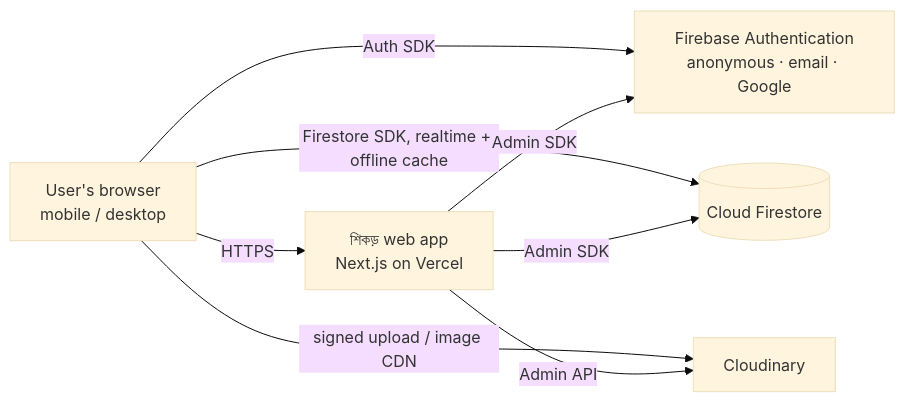
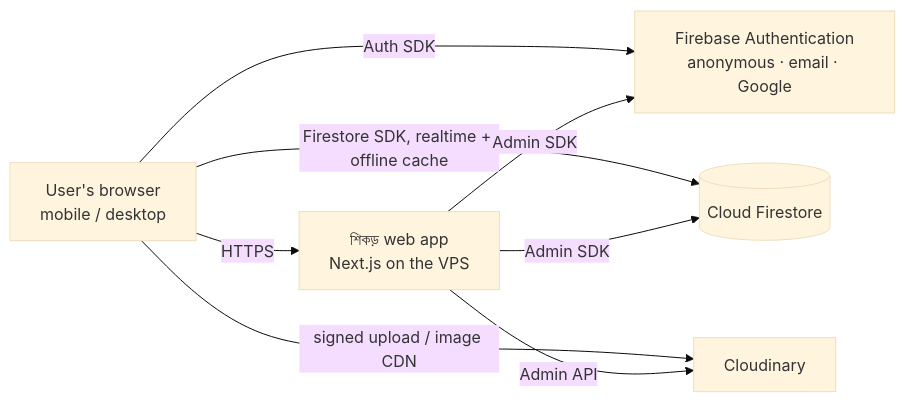
One commit to redwanhasan980/Family-Tree changed the first of 2 diagrams in docs/SRS.md. Above: the diagram before and after it, drawn with Mermaid (base theme). The commit also changed other lines of this file and 8 other files, not shown here.

First line of the commit message:
docs: switch hosting from Vercel to the owner's Contabo VPS

````diff
--- a/docs/SRS.md
+++ b/docs/SRS.md
@@ -132,10 +134,10 @@
 ```mermaid
 flowchart LR
-    U[User's browser<br/>mobile / desktop] -->|HTTPS| APP[শিকড় web app<br/>Next.js on Vercel]
+    U[User's browser<br/>mobile / desktop] -->|HTTPS| APP[শিকড় web app<br/>Next.js on the VPS]
     U -->|Auth SDK| AUTH[Firebase Authentication<br/>anonymous · email · Google]
     U -->|Firestore SDK, realtime + offline cache| FS[(Cloud Firestore)]
     U -->|signed upload / image CDN| CL[Cloudinary]
     APP -->|Admin SDK| AUTH
     APP -->|Admin SDK| FS
     APP -->|Admin API| CL
 ```
````
